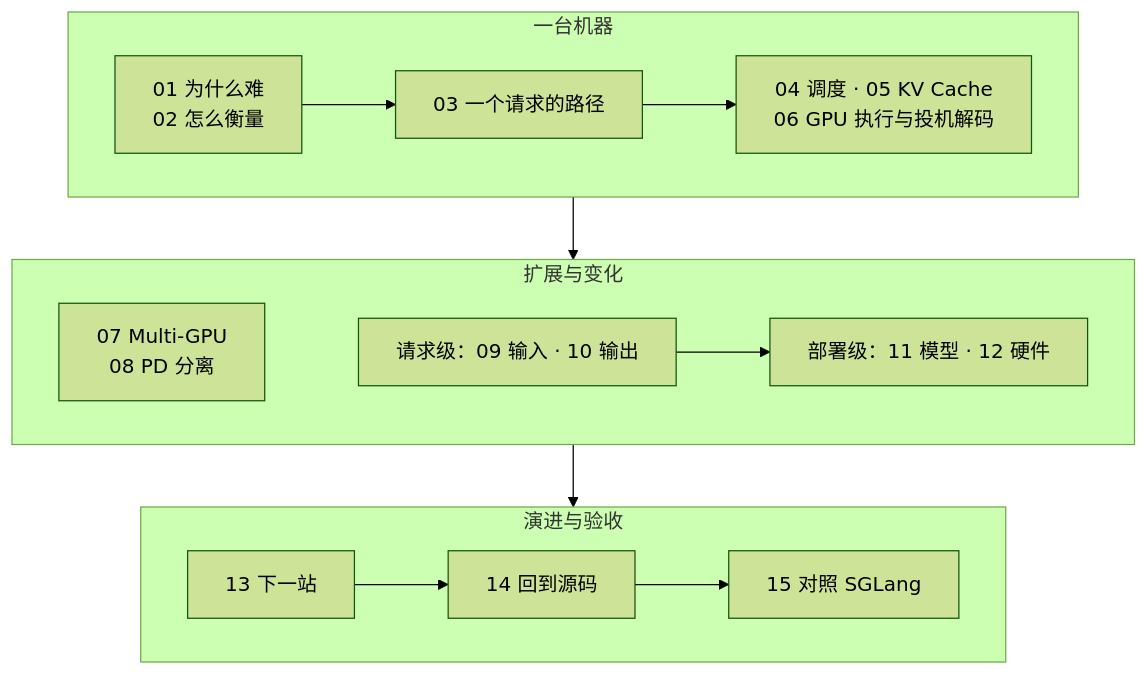
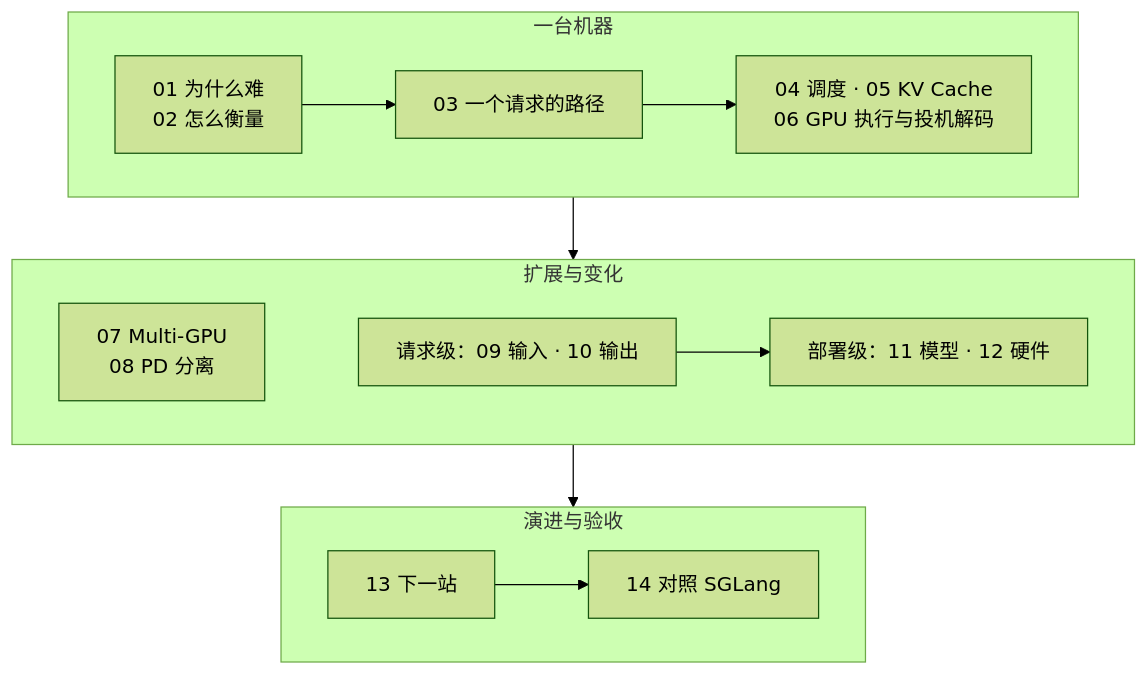
One commit to arganzheng/arganzheng.github.com changed the second of 9 diagrams in slides/2026-08-25-deep-dive-into-vllm.md. Above: the diagram before and after it, drawn with Mermaid (forest theme). The commit also changed other lines of this file and 14 other files, not shown here.

````diff
--- a/slides/2026-08-25-deep-dive-into-vllm.md
+++ b/slides/2026-08-25-deep-dive-into-vllm.md
@@ -69,17 +69,17 @@
 ```mermaid
 %%{init: {"flowchart": {"wrappingWidth": 300}}}%%
 flowchart TB
     subgraph S1["一台机器"]
         direction LR
         A["01 为什么难<br/>02 怎么衡量"] --> B["03 一个请求的路径"] --> C["04 调度 · 05 KV Cache<br/>06 GPU 执行与投机解码"]
     end
     subgraph S2["扩展与变化"]
         direction LR
         D["07 Multi-GPU<br/>08 PD 分离"] ~~~ E["请求级：09 输入 · 10 输出"] --> F["部署级：11 模型 · 12 硬件"]
     end
     subgraph S3["演进与验收"]
         direction LR
-        G["13 下一站"] --> H["14 回到源码"] --> I["15 对照 SGLang"]
+        G["13 下一站"] --> H["14 对照 SGLang"]
     end
     S1 --> S2 --> S3
 ```
````
